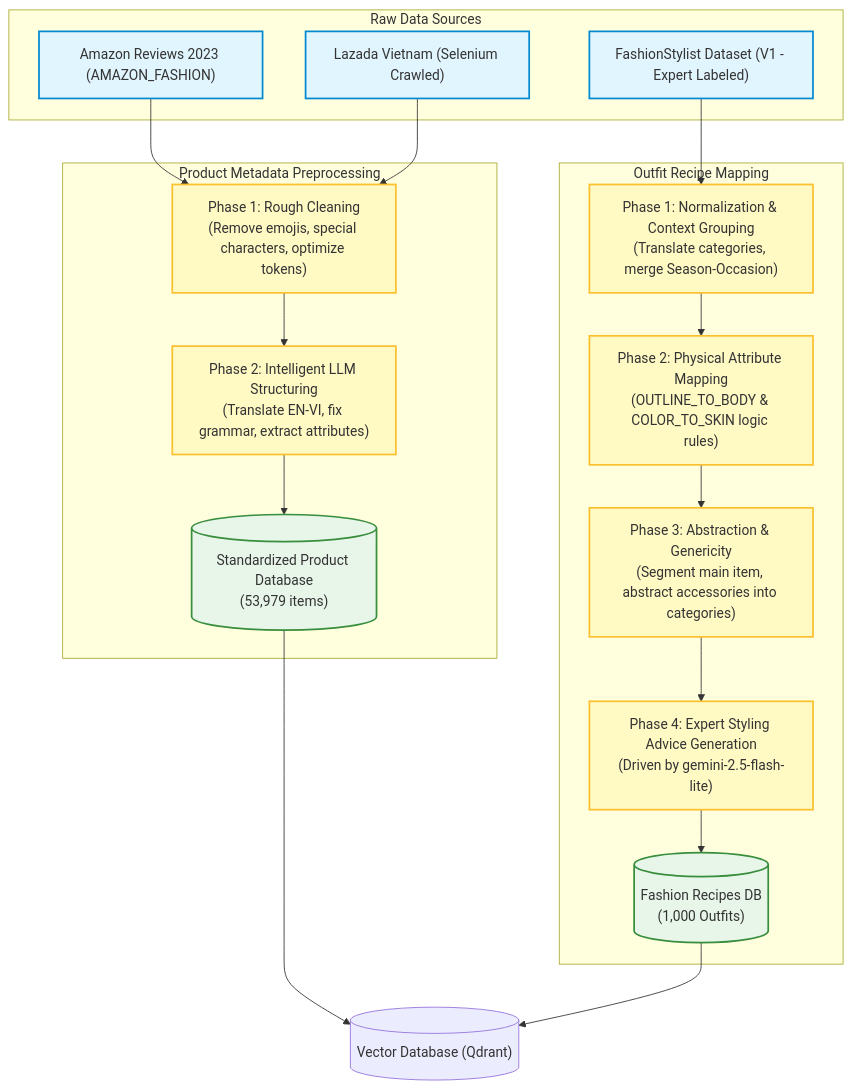
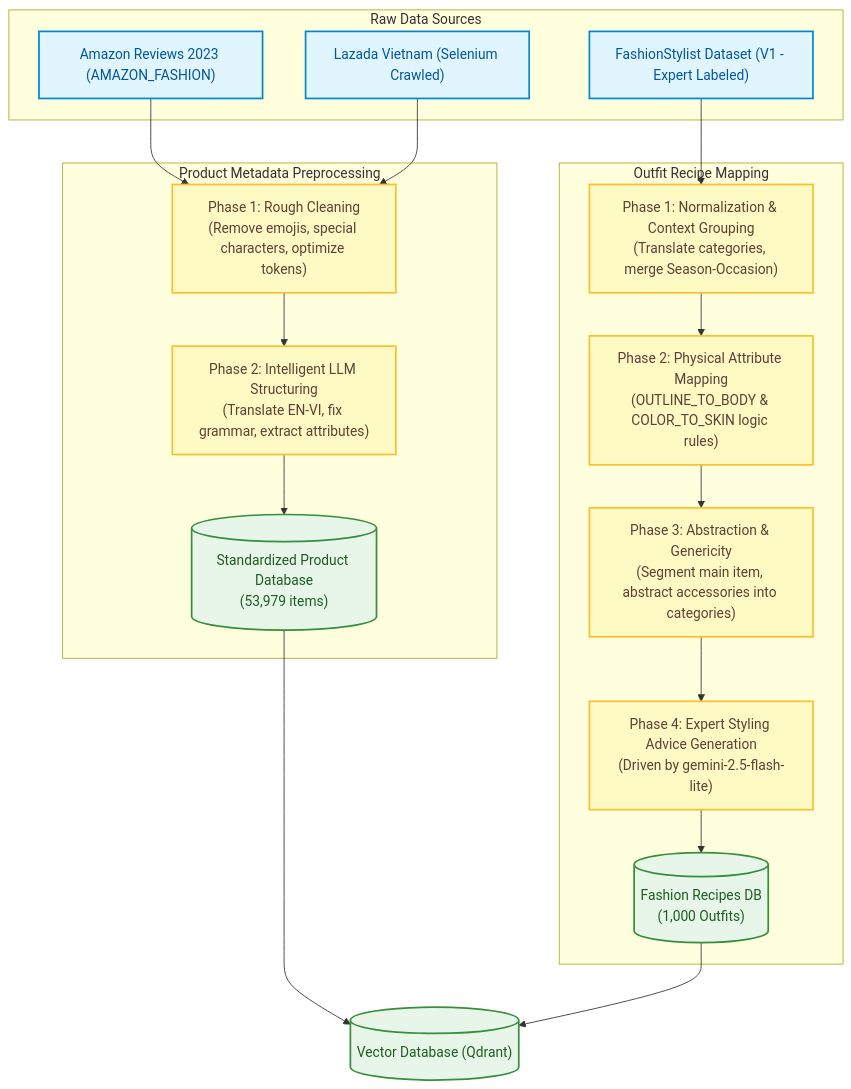
One commit to chauquocvinh2234/Building_a_Fashion_Product_Consultation_Chatbot_Using_RAG_LLM changed the diagram in README.md. Above: the diagram before and after it, drawn with Mermaid.

Commit message:
Chỉnh lại màu chữ của diagram

````diff
--- a/README.md
+++ b/README.md
@@ -16,39 +16,39 @@
 ```mermaid
 graph TD
-    classDef source fill:#e1f5fe,stroke:#0288d1,stroke-width:2px;
-    classDef process fill:#fff9c4,stroke:#fbc02d,stroke-width:2px;
-    classDef database fill:#e8f5e9,stroke:#388e3c,stroke-width:2px;
+    classDef source fill:#e1f5fe,stroke:#0288d1,stroke-width:2px,color:#01579b;
+    classDef process fill:#fff9c4,stroke:#fbc02d,stroke-width:2px,color:#5d4037;
+    classDef database fill:#e8f5e9,stroke:#388e3c,stroke-width:2px,color:#1b5e20;
 
     subgraph Raw_Data_Sources [Raw Data Sources]
         A1["Amazon Reviews 2023 (AMAZON_FASHION)"]:::source
         A2["Lazada Vietnam (Selenium Crawled)"]:::source
         A3["FashionStylist Dataset (V1 - Expert Labeled)"]:::source
     end
 
     subgraph Product_Metadata_Preprocessing [Product Metadata Preprocessing]
         B1["Phase 1: Rough Cleaning<br>(Remove emojis, special characters, optimize tokens)"]:::process
         B2["Phase 2: Intelligent LLM Structuring<br>(Translate EN-VI, fix grammar, extract attributes)"]:::process
         C1[("Standardized Product Database<br>(53,979 items)")]:::database
     end
 
     subgraph Outfit_Recipe_Mapping [Outfit Recipe Mapping]
         D1["Phase 1: Normalization & Context Grouping<br>(Translate categories, merge Season-Occasion)"]:::process
         D2["Phase 2: Physical Attribute Mapping<br>(OUTLINE_TO_BODY & COLOR_TO_SKIN logic rules)"]:::process
         D3["Phase 3: Abstraction & Genericity<br>(Segment main item, abstract accessories into categories)"]:::process
         D4["Phase 4: Expert Styling Advice Generation<br>(Driven by gemini-2.5-flash-lite)"]:::process
         C2[("Fashion Recipes DB<br>(1,000 Outfits)")]:::database
     end
 
     A1 --> B1
     A2 --> B1
     B1 --> B2
     B2 --> C1
 
     A3 --> D1
     D1 --> D2
     D2 --> D3
     D3 --> D4
     D4 --> C2
 
-    C1 & C2 --> E[("Vector Database (Qdrant)")];
+    C1 & C2 --> E[("Vector Database (Qdrant)")]:::database;
 ```
````
